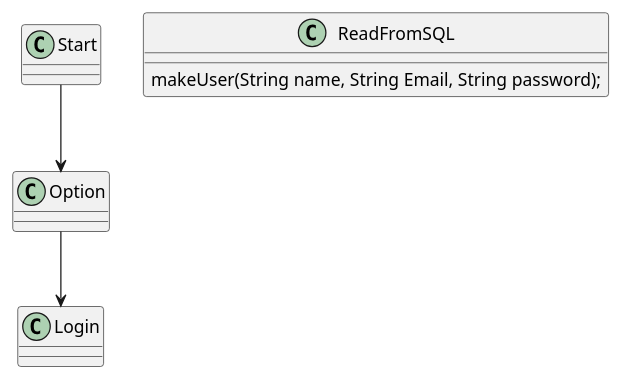
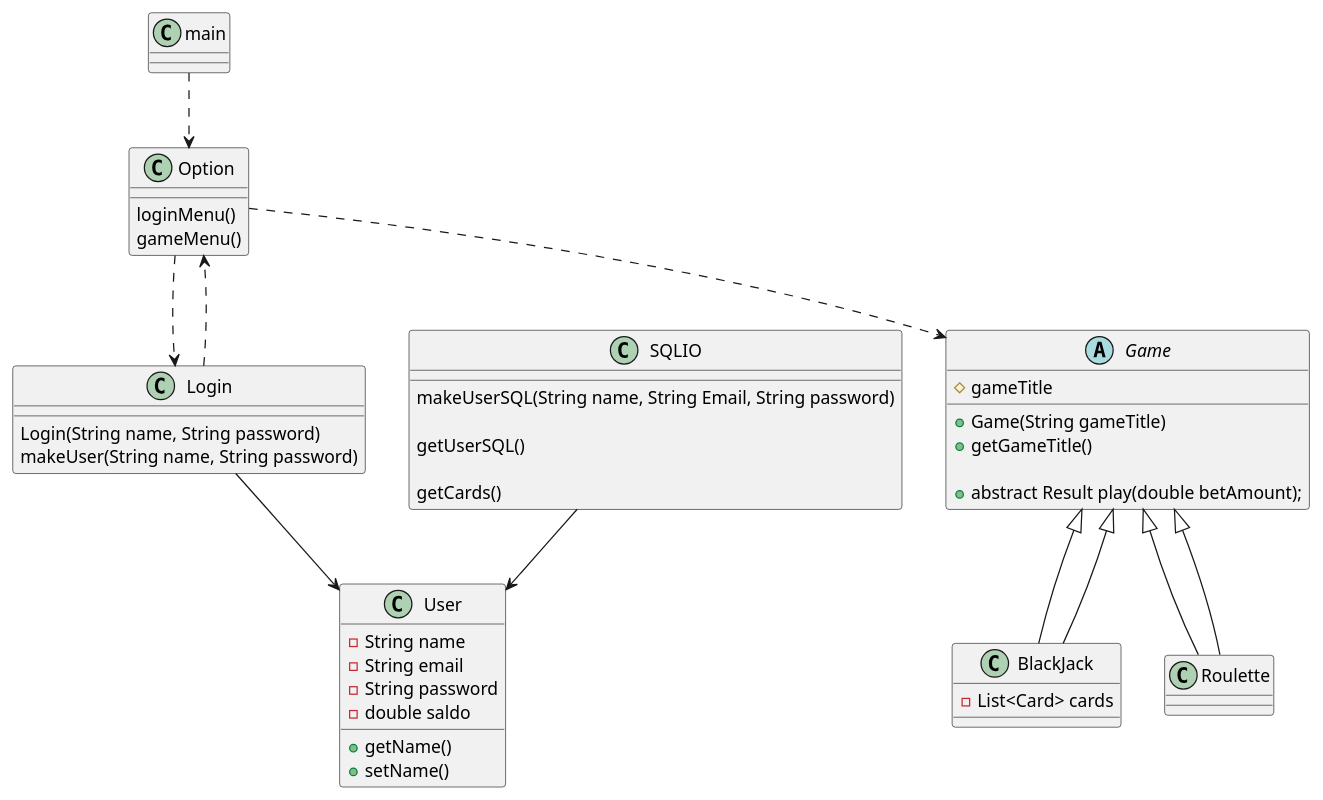
Before and after one commit to NicolaiFaellesskov/SP4-ICE-PROJECT: the diagram in src/Casino.puml, drawn with PlantUML. The commit also changed 2 other files, not shown here.

Commit message:
Klasse diagram Update

```diff
--- a/src/Casino.puml
+++ b/src/Casino.puml
@@ -1,24 +1,72 @@
 @startuml
 
-class Start
+class main
 
 class Option{
+loginMenu()
+gameMenu()
+
+}
+
+class Login{
+
+Login(String name, String password)
+makeUser(String name, String password)
+
+}
+
+class SQLIO{
+makeUserSQL(String name, String Email, String password)
+
+getUserSQL()
+
+getCards()
 
 
 }
+class User{
+-String name
+-String email
+-String password
+-double saldo
++getName()
++setName()
+}
+abstract class Game{
+#gameTitle
++Game(String gameTitle)
++getGameTitle()
 
-class Login
++ abstract Result play(double betAmount);
 
-class ReadFromSQL{
-makeUser(String name, String Email, String password);
 }
-Start --> Option
-Option --> Login
+
+class BlackJack extends Game{
+-List<Card> cards
+
+
+}
+class Roulette extends Game
+
+
+main ..> Option
+Option ..> Login
+Login ..> Option
+Option ..> Game
+Login --> User
+SQLIO --> User
+
+BlackJack --|> Game
+Roulette --|> Game
+
+
+
+
 
 
 
 
 
 
 
 @enduml
```
